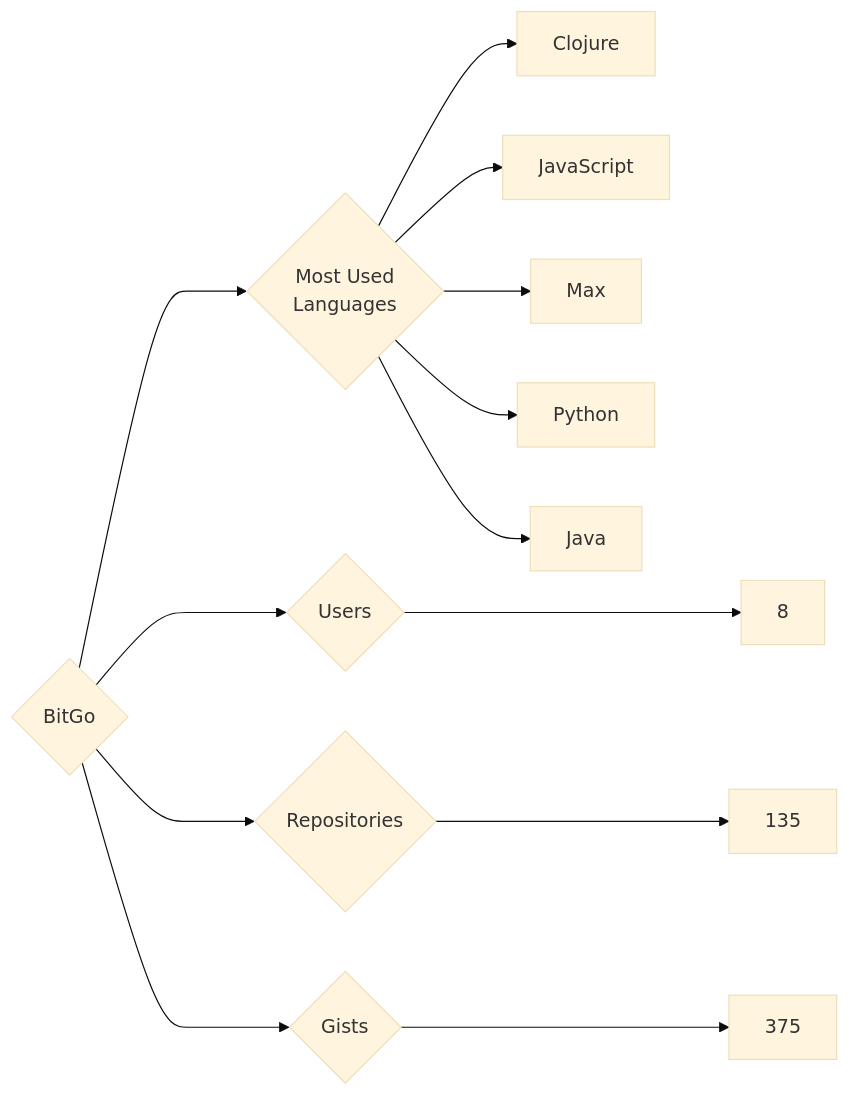
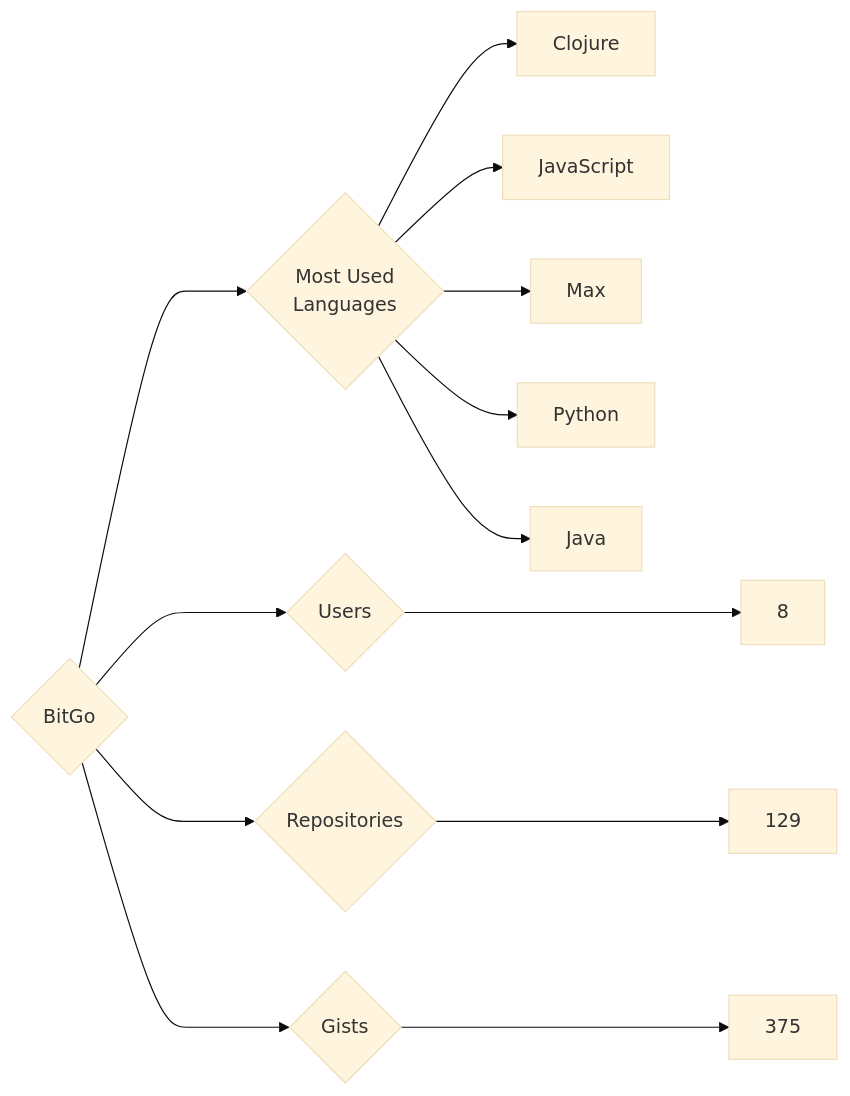
The diagram in targets/BitGo/README.md (trickest/insiders), drawn with Mermaid (base theme) before and after one commit. The commit also changed 988 other files, not shown here.

````diff
--- a/targets/BitGo/README.md
+++ b/targets/BitGo/README.md
@@ -3,13 +3,13 @@
 ```mermaid
 graph LR
 COMPANY_NAME{BitGo}
 COMPANY_NAME ---> U{Users} ---> UN[8]
-COMPANY_NAME ---> R{Repositories} ---> RN[135]
+COMPANY_NAME ---> R{Repositories} ---> RN[129]
 COMPANY_NAME ---> G{Gists} ---> GN[375]
 COMPANY_NAME ---> ML{Most Used<br>Languages}
 ML --> Clojure[Clojure]
 ML --> JavaScript[JavaScript]
 ML --> Max[Max]
 ML --> Python[Python]
 ML --> Java[Java]
 ```
````
